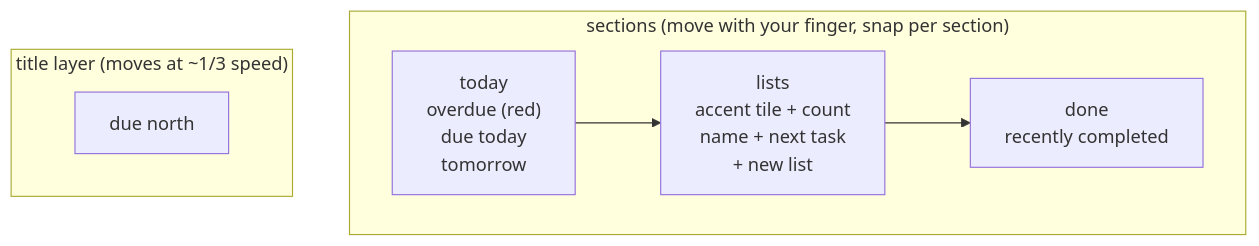
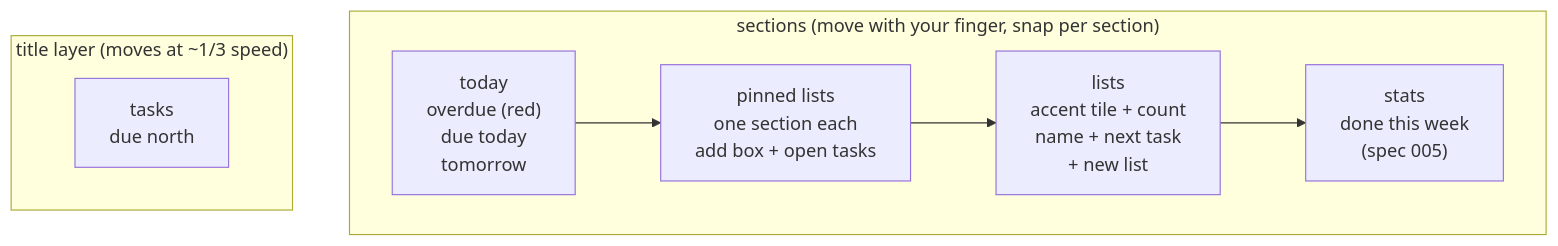
One commit to samekh248/duenorthtasks changed the first of 2 diagrams in specs/001-metro-todo-app/contracts/ui-screens.md. Above: the diagram before and after it, drawn with Mermaid. The commit also changed other lines of this file and 33 other files, not shown here.

````diff
--- a/specs/001-metro-todo-app/contracts/ui-screens.md
+++ b/specs/001-metro-todo-app/contracts/ui-screens.md
@@ -12,11 +12,11 @@
 ```mermaid
 flowchart LR
     subgraph Title["title layer (moves at ~1/3 speed)"]
-        T["due north"]
+        T["tasks<br/>due north"]
     end
     subgraph Sections["sections (move with your finger, snap per section)"]
         direction LR
-        S1["today<br/>overdue (red)<br/>due today<br/>tomorrow"] --> S2["lists<br/>accent tile + count<br/>name + next task<br/>+ new list"] --> S3["done<br/>recently completed"]
+        S1["today<br/>overdue (red)<br/>due today<br/>tomorrow"] --> SP["pinned lists<br/>one section each<br/>add box + open tasks"] --> S2["lists<br/>accent tile + count<br/>name + next task<br/>+ new list"] --> S3["stats<br/>done this week<br/>(spec 005)"]
     end
     Title ~~~ Sections
 ```
````
